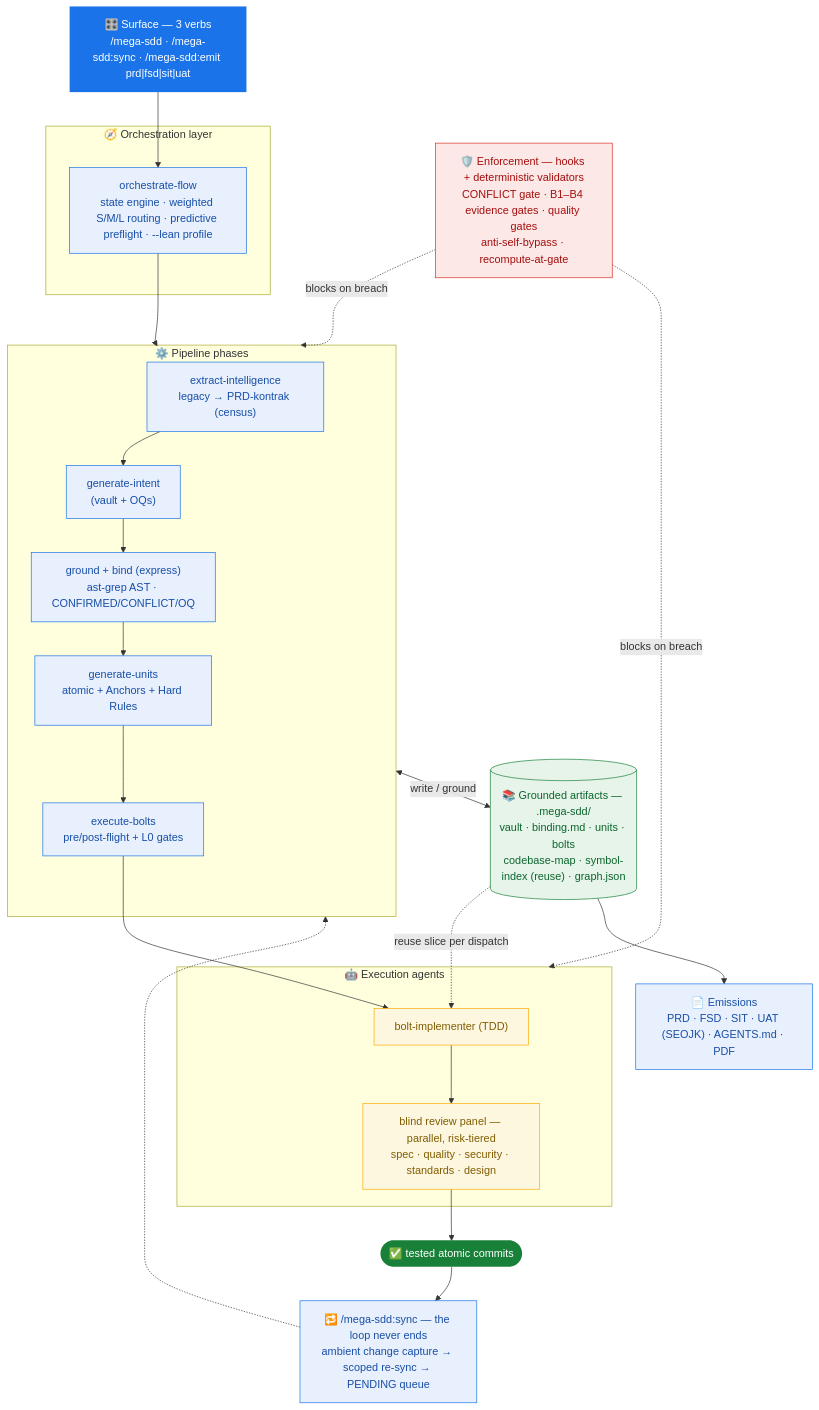
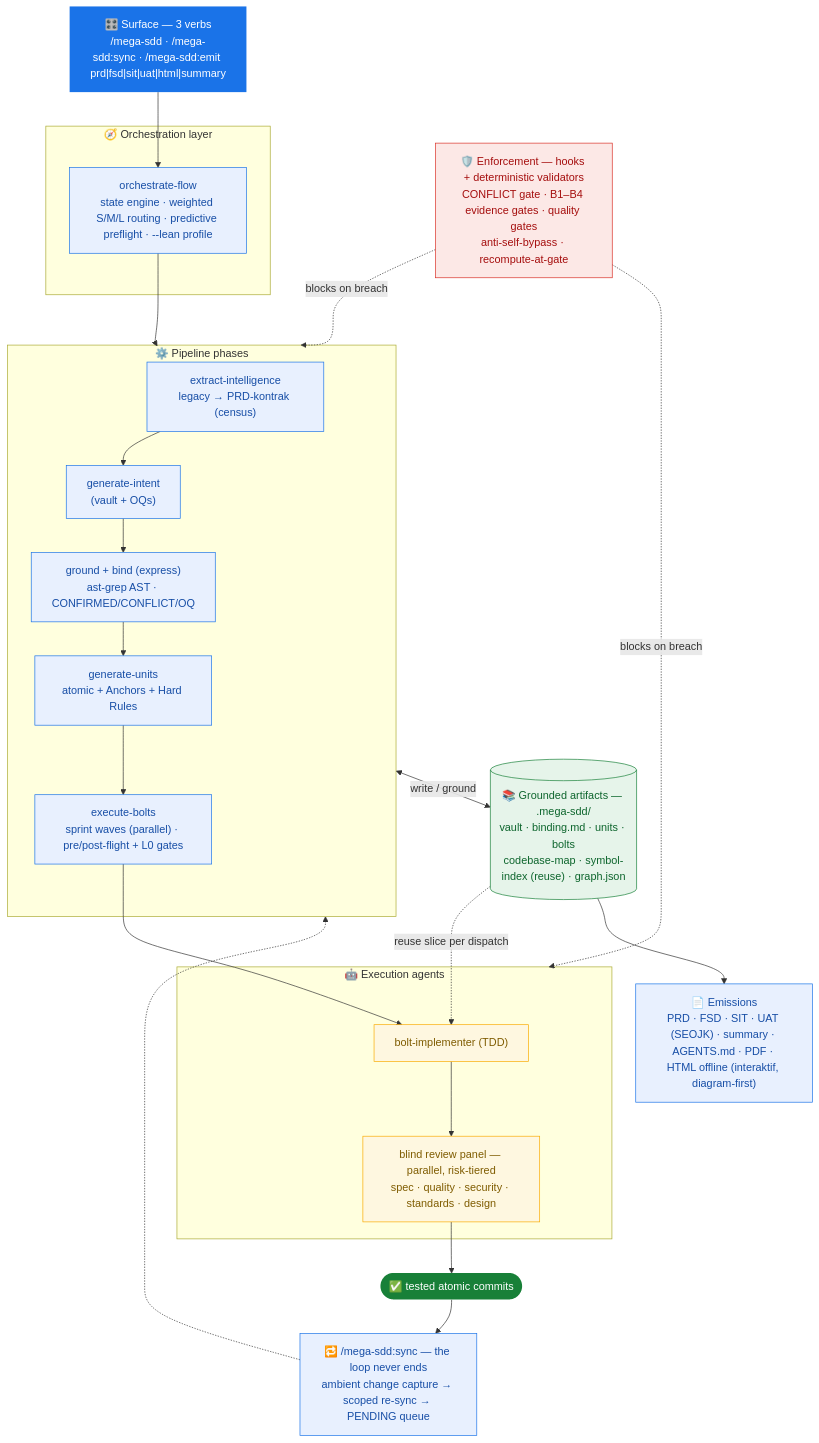
One commit to FarhanRiuzaki/Mega-SDD changed the diagram in README.md. Above: the diagram before and after it, drawn with Mermaid. The commit also changed other lines of this file, not shown here.

````diff
--- a/README.md
+++ b/README.md
@@ -182,41 +193,41 @@
 ```mermaid
 flowchart TB
     classDef surface fill:#1a73e8,color:#fff,stroke:none
     classDef phase fill:#e8f0fe,stroke:#1a73e8,color:#174ea6
     classDef agent fill:#fef7e0,stroke:#f9ab00,color:#7f5c00
     classDef art fill:#e6f4ea,stroke:#188038,color:#0d652d
     classDef moat fill:#fce8e6,stroke:#d93025,color:#a50e0e
     classDef out fill:#188038,color:#fff,stroke:none
 
-    CMD["🎛️ Surface — 3 verbs<br/>/mega-sdd · /mega-sdd:sync · /mega-sdd:emit prd|fsd|sit|uat"]:::surface
+    CMD["🎛️ Surface — 3 verbs<br/>/mega-sdd · /mega-sdd:sync · /mega-sdd:emit prd|fsd|sit|uat|html|summary"]:::surface
 
     subgraph ORCH["🧭 Orchestration layer"]
         OF["orchestrate-flow<br/>state engine · weighted S/M/L routing · predictive preflight · --lean profile"]:::phase
     end
 
     subgraph PIPE["⚙️ Pipeline phases"]
         EXTRACT["extract-intelligence<br/>legacy → PRD-kontrak (census)"]:::phase --> INTENT["generate-intent<br/>(vault + OQs)"]:::phase
         INTENT --> GROUND["ground + bind (express)<br/>ast-grep AST · CONFIRMED/CONFLICT/OQ"]:::phase
-        GROUND --> UNITS["generate-units<br/>atomic + Anchors + Hard Rules"]:::phase --> BOLTS["execute-bolts<br/>pre/post-flight + L0 gates"]:::phase
+        GROUND --> UNITS["generate-units<br/>atomic + Anchors + Hard Rules"]:::phase --> BOLTS["execute-bolts<br/>sprint waves (parallel) · pre/post-flight + L0 gates"]:::phase
     end
 
     subgraph EXEC["🤖 Execution agents"]
         IMPL["bolt-implementer (TDD)"]:::agent --> PANEL["blind review panel — parallel, risk-tiered<br/>spec · quality · security · standards · design"]:::agent
     end
 
     ART[("📚 Grounded artifacts — .mega-sdd/<br/>vault · binding.md · units · bolts<br/>codebase-map · symbol-index (reuse) · graph.json")]:::art
     MOAT["🛡️ Enforcement — hooks + deterministic validators<br/>CONFLICT gate · B1–B4 evidence gates · quality gates<br/>anti-self-bypass · recompute-at-gate"]:::moat
-    DOCS["📄 Emissions<br/>PRD · FSD · SIT · UAT (SEOJK) · AGENTS.md · PDF"]:::phase
+    DOCS["📄 Emissions<br/>PRD · FSD · SIT · UAT (SEOJK) · summary · AGENTS.md · PDF · HTML offline (interaktif, diagram-first)"]:::phase
     OUT(["✅ tested atomic commits"]):::out
     SYNC["🔁 /mega-sdd:sync — the loop never ends<br/>ambient change capture → scoped re-sync → PENDING queue"]:::phase
 
     CMD --> OF --> PIPE
     BOLTS --> IMPL
     PANEL --> OUT
     PIPE <-->|write / ground| ART
     ART -.reuse slice per dispatch.-> IMPL
     MOAT -.blocks on breach.-> PIPE
     MOAT -.blocks on breach.-> EXEC
     ART --> DOCS
     OUT --> SYNC -.-> PIPE
 ```
````
